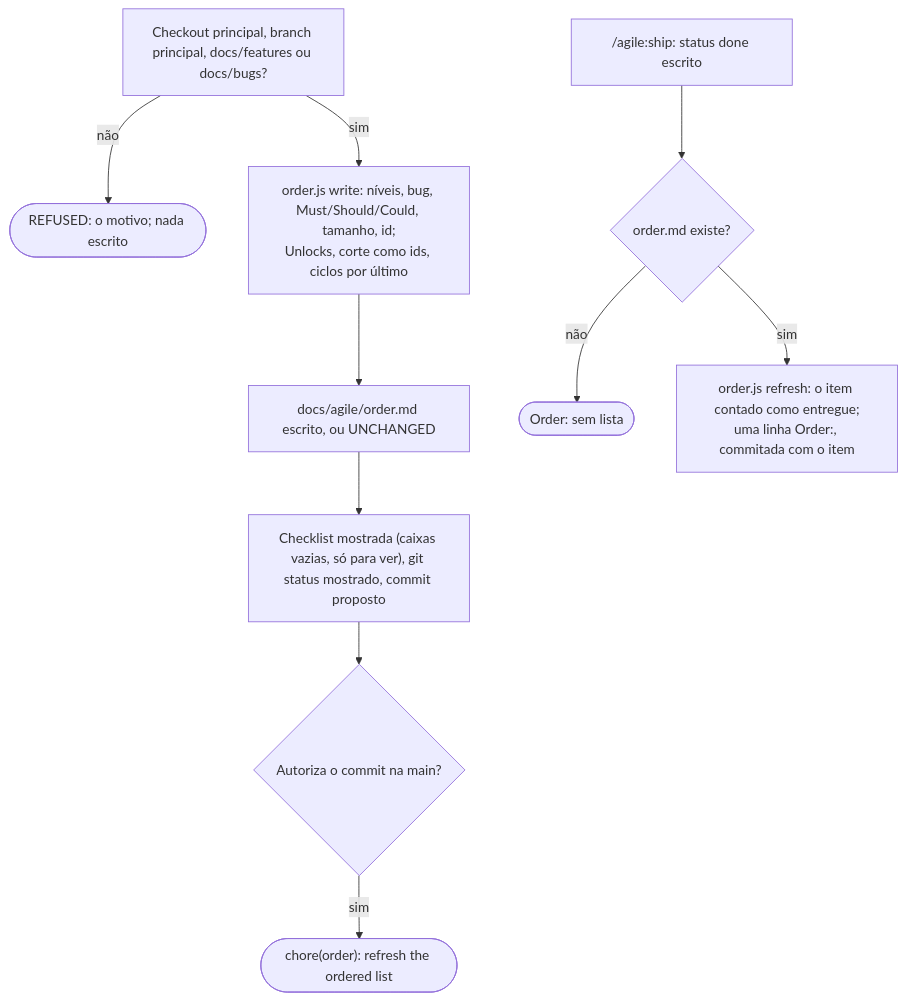
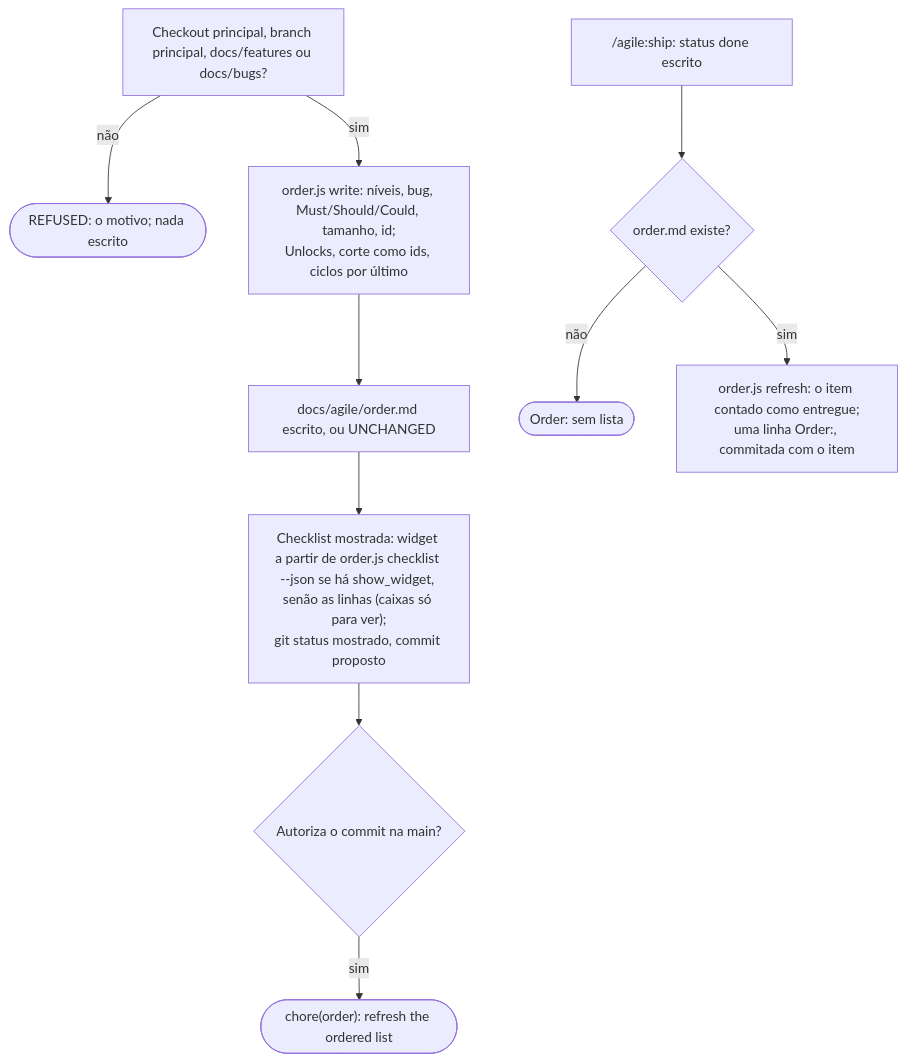
Before and after one commit to alexcanario/simulab: diagram 19 of 23 in docs/agile/workflow.pt-BR.md, drawn with Mermaid. The commit also changed other lines of this file and 3 other files, not shown here.

````diff
--- a/docs/agile/workflow.pt-BR.md
+++ b/docs/agile/workflow.pt-BR.md
@@ -1066,12 +1066,12 @@
 ```mermaid
 flowchart TD
     A["Checkout principal, branch principal, docs/features ou docs/bugs?"] -->|não| A1(["REFUSED: o motivo; nada escrito"])
     A -->|sim| B["order.js write: níveis, bug, Must/Should/Could, tamanho, id;<br/>Unlocks, corte como ids, ciclos por último"]
     B --> C["docs/agile/order.md escrito, ou UNCHANGED"]
-    C --> D["Checklist mostrada (caixas vazias, só para ver), git status mostrado, commit proposto"]
+    C --> D["Checklist mostrada: widget a partir de order.js checklist --json se há show_widget, senão as linhas (caixas só para ver);<br/>git status mostrado, commit proposto"]
     D --> E{"Autoriza o commit na main?"}
     E -->|sim| F(["chore(order): refresh the ordered list"])
     G["/agile:ship: status done escrito"] --> H{"order.md existe?"}
     H -->|não| H1(["Order: sem lista"])
     H -->|sim| I["order.js refresh: o item contado como entregue;<br/>uma linha Order:, commitada com o item"]
 ```
````
